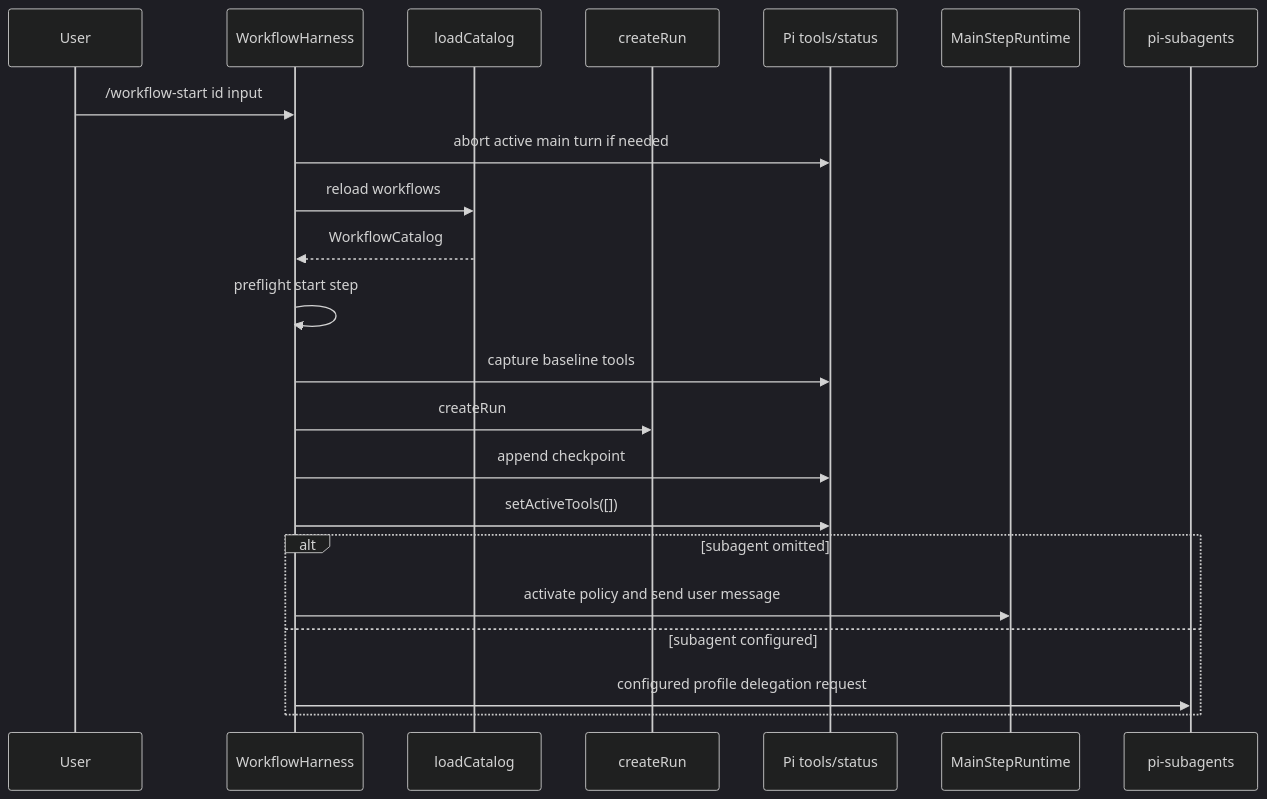
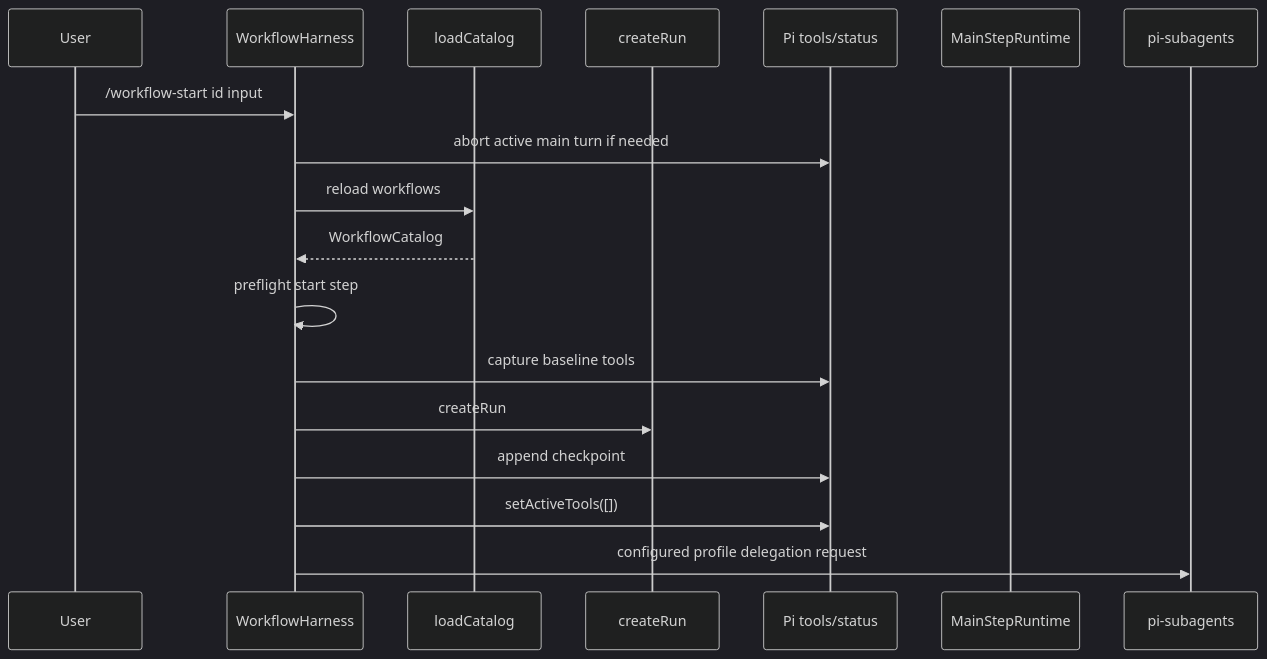
The second of 8 diagrams in openwiki/architecture/runtime-lifecycle.md (wichayutdew/pi-workflows), drawn with Mermaid (dark theme) before and after one commit. The commit also changed other lines of this file and 16 other files, not shown here.

````diff
--- a/openwiki/architecture/runtime-lifecycle.md
+++ b/openwiki/architecture/runtime-lifecycle.md
@@ -37,25 +37,21 @@
 ```mermaid
 sequenceDiagram
   participant User
   participant Harness as WorkflowHarness
   participant Config as loadCatalog
   participant Engine as createRun
   participant Pi as Pi tools/status
   participant Main as MainStepRuntime
   participant Sub as pi-subagents
 
   User->>Harness: /workflow-start id input
   Harness->>Pi: abort active main turn if needed
   Harness->>Config: reload workflows
   Config-->>Harness: WorkflowCatalog
   Harness->>Harness: preflight start step
   Harness->>Pi: capture baseline tools
   Harness->>Engine: createRun
   Harness->>Pi: append checkpoint
   Harness->>Pi: setActiveTools([])
-  alt subagent omitted
-    Harness->>Main: activate policy and send user message
-  else subagent configured
-    Harness->>Sub: configured profile delegation request
-  end
+  Harness->>Sub: configured profile delegation request
 ```
````
